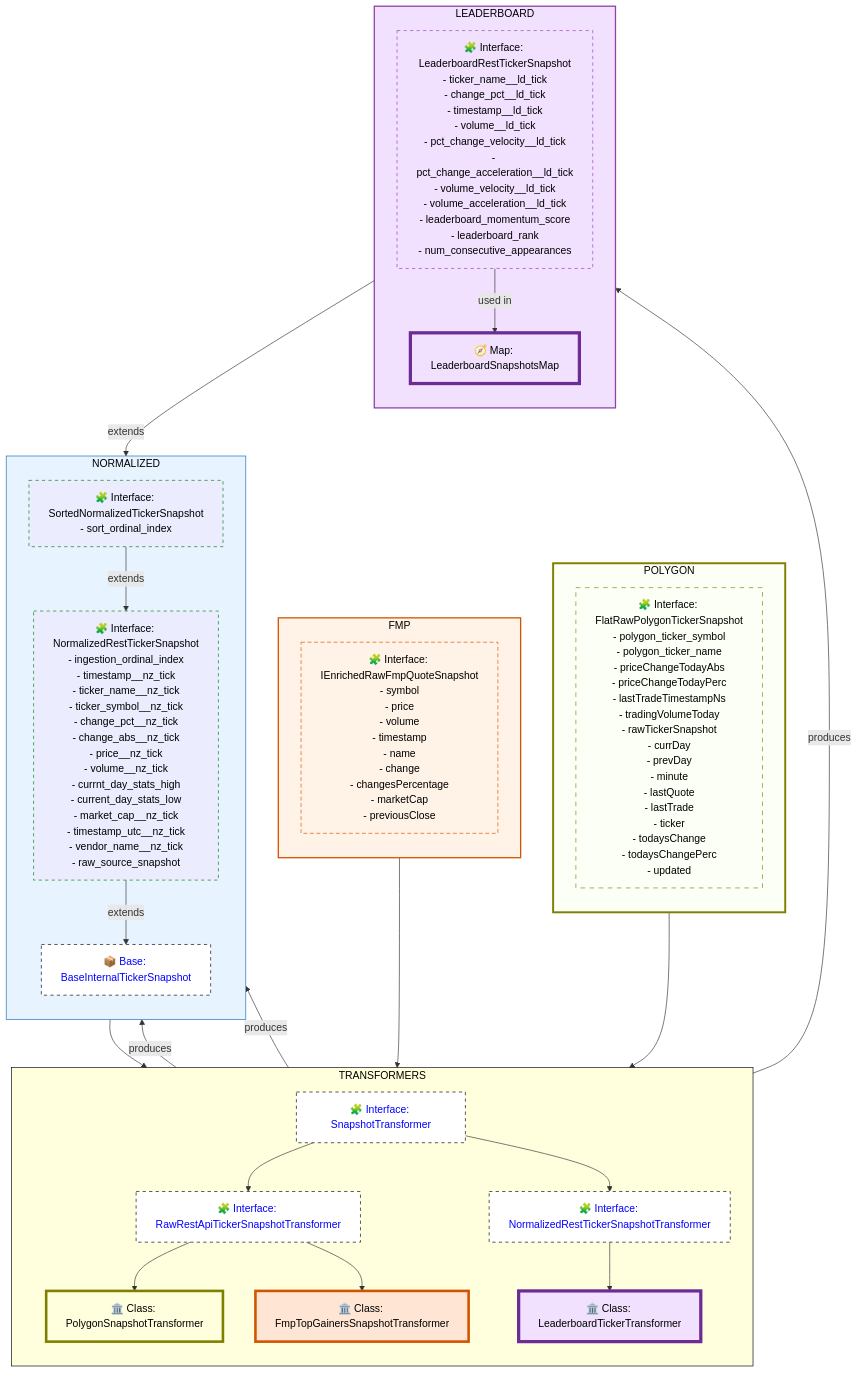
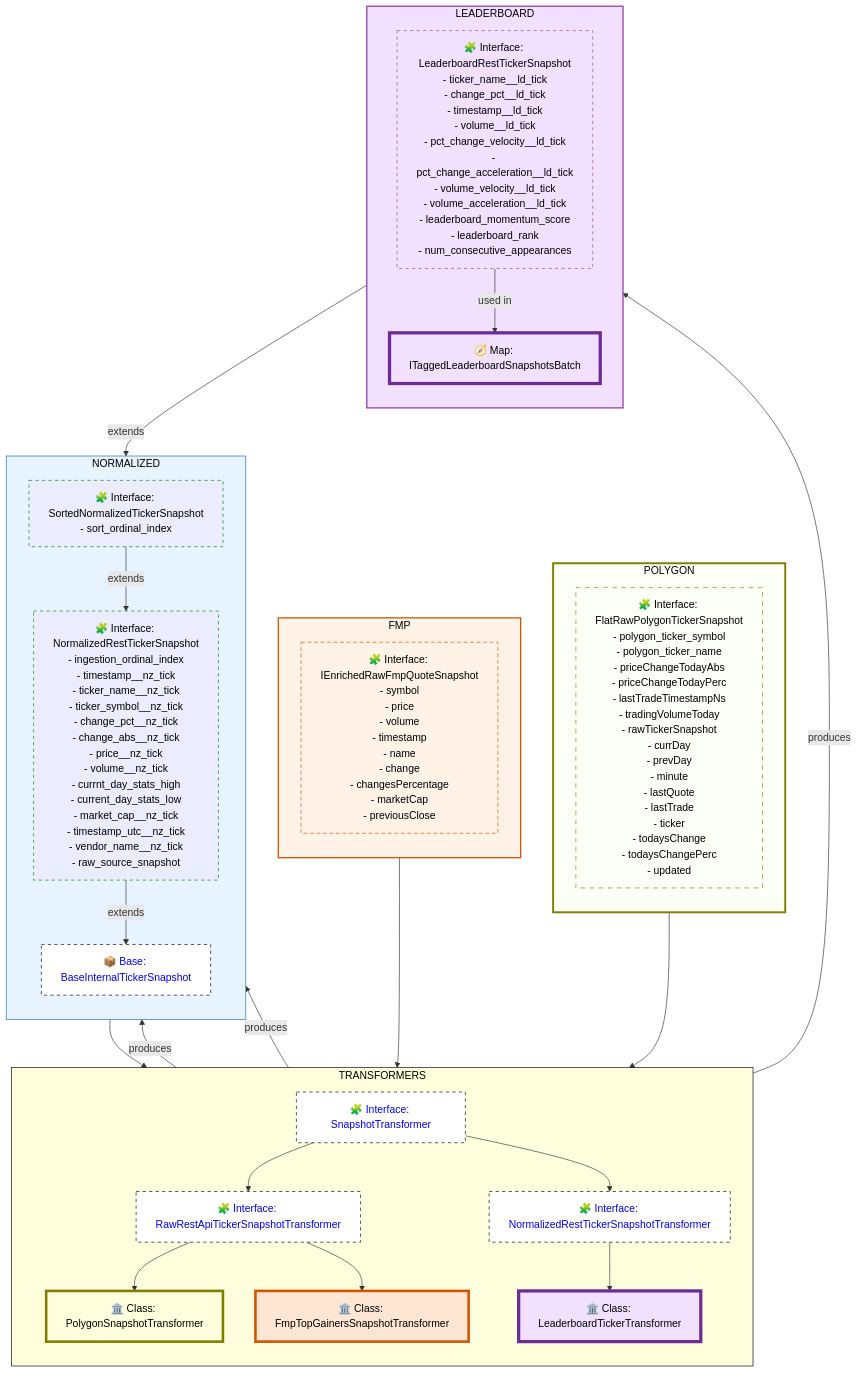
The diagram in src/docs/diagrams/rest_api_snapshot_and_transformers__2.graph.mmd (monolithgoon/momentum-trend-notification-bot), drawn with Mermaid before and after one commit. The commit also changed 68 other files, not shown here.

```diff
--- a/src/docs/diagrams/rest_api_snapshot_and_transformers__2.graph.mmd
+++ b/src/docs/diagrams/rest_api_snapshot_and_transformers__2.graph.mmd
@@ -1,93 +1,93 @@
 flowchart TD
 
   %% === POLYGON CLUSTER (Vendor Input) ===
   subgraph POLYGON
     direction TB
     style POLYGON fill:#fcfff5,stroke:olive,stroke-width:3px,color:#000;
     R1["🧩 Interface: FlatRawPolygonTickerSnapshot\n- polygon_ticker_symbol\n- polygon_ticker_name\n- priceChangeTodayAbs\n- priceChangeTodayPerc\n- lastTradeTimestampNs\n- tradingVolumeToday\n- rawTickerSnapshot\n- currDay\n- prevDay\n- minute\n- lastQuote\n- lastTrade\n- ticker\n- todaysChange\n- todaysChangePerc\n- updated"]
   end
 
   %% === FMP CLUSTER (Vendor Input) ===
   subgraph FMP
     direction TB
     style FMP fill:#fff2e6,stroke:#d35400,stroke-width:2px,color:#000;
     R2["🧩 Interface: IEnrichedRawFmpQuoteSnapshot\n- symbol\n- price\n- volume\n- timestamp\n- name\n- change\n- changesPercentage\n- marketCap\n- previousClose"]
   end
 
   %% === TRANSFORMERS CLUSTER ===
   subgraph TRANSFORMERS
     direction TB
     style TRANSFORMERS fill:#,stroke:black,stroke-width:1px,color:#000;
     I4["🧩 Interface: SnapshotTransformer"]
     I1["🧩 Interface: RawRestApiTickerSnapshotTransformer"]
     I3["🧩 Interface: NormalizedRestTickerSnapshotTransformer"]
     C1["🏛️ Class: PolygonSnapshotTransformer"]
     C3["🏛️ Class: FmpTopGainersSnapshotTransformer"]
     C2["🏛️ Class: LeaderboardTickerTransformer"]
   end
 
   %% === NORMALIZED CLUSTER ===
   subgraph NORMALIZED
     direction TB
     style NORMALIZED fill:#e7f3ff,stroke:#1c6cb3,stroke-width:1px,color:#000;
     A1["📦 Base: BaseInternalTickerSnapshot"]
     A2["🧩 Interface: NormalizedRestTickerSnapshot\n- ingestion_ordinal_index\n- timestamp__nz_tick\n- ticker_name__nz_tick\n- ticker_symbol__nz_tick\n- change_pct__nz_tick\n- change_abs__nz_tick\n- price__nz_tick\n- volume__nz_tick\n- currnt_day_stats_high\n- current_day_stats_low\n- market_cap__nz_tick\n- timestamp_utc__nz_tick\n- vendor_name__nz_tick\n- raw_source_snapshot"]
     A3["🧩 Interface: SortedNormalizedTickerSnapshot\n- sort_ordinal_index"]
   end
 
   %% === LEADERBOARD CLUSTER ===
   subgraph LEADERBOARD
     direction TB
     style LEADERBOARD fill:#f2e0ff,stroke:#8e44ad,stroke-width:2px,color:#000;
     A4["🧩 Interface: LeaderboardRestTickerSnapshot\n- ticker_name__ld_tick\n- change_pct__ld_tick\n- timestamp__ld_tick\n- volume__ld_tick\n- pct_change_velocity__ld_tick\n- pct_change_acceleration__ld_tick\n- volume_velocity__ld_tick\n- volume_acceleration__ld_tick\n- leaderboard_momentum_score\n- leaderboard_rank\n- num_consecutive_appearances"]
-    M1["🧭 Map: LeaderboardSnapshotsMap"]
+    M1["🧭 Map: ITaggedLeaderboardSnapshotsBatch"]
   end
 
   %% === Transformer Interface Hierarchies ===
   I4 --> I1
   I4 --> I3
   I1 --> C1
   I1 --> C3
   I3 --> C2
 
   %% === Vendor → Transformer → Output Chains ===
   R1 --> C1
   C1 -->|produces| A2
 
   R2 --> C3
   C3 -->|produces| A2
 
   A2 --> C2
   C2 -->|produces| A4
 
   %% === Snapshot Inheritance
   A2 -->|extends| A1
   A3 -->|extends| A2
   A4 -->|extends| A1
   A4 -->|used in| M1
 
   %% === Style Definitions ===
   classDef base-interface fill:white,stroke:black,color:blue,stroke-dasharray: 5 5;
   classDef normalized-interface fill:apple,stroke:green,color:#000,stroke-dasharray: 5 5;
   classDef leaderboard-interface fill:#f2e0ff,stroke:#8e44ad,color:#000,stroke-dasharray: 5 5;
 
   classDef polygon-interface fill:#fcfff5,stroke:olive,color:#000,stroke-dasharray: 7 7;
   classDef fmp-interface fill:#fff2e6,stroke:#d35400,color:#000,stroke-dasharray: 6 4;
 
   classDef polygon-class fill:none,stroke:olive,color:#000,stroke-width:4px;
   classDef fmp-class fill:#ffe5d3,stroke:#d35400,color:#000,stroke-width:4px;
   classDef leaderboard-class fill:#f2e0ff,stroke:#6c2c94,color:#000,stroke-width:5px;
 
   %% === Apply Styles ===
   class A1 base-interface
   class A2,A3 normalized-interface
   class A4 leaderboard-interface
 
   class R1 polygon-interface
   class R2 fmp-interface
 
   class I1,I3,I4 base-interface
   class C1 polygon-class
   class C2 leaderboard-class
   class C3 fmp-class
   class M1 leaderboard-class
```
